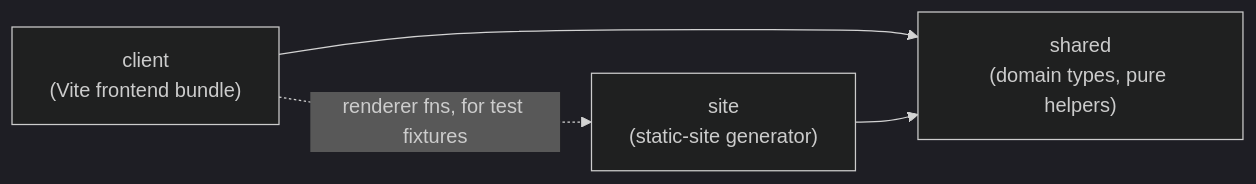
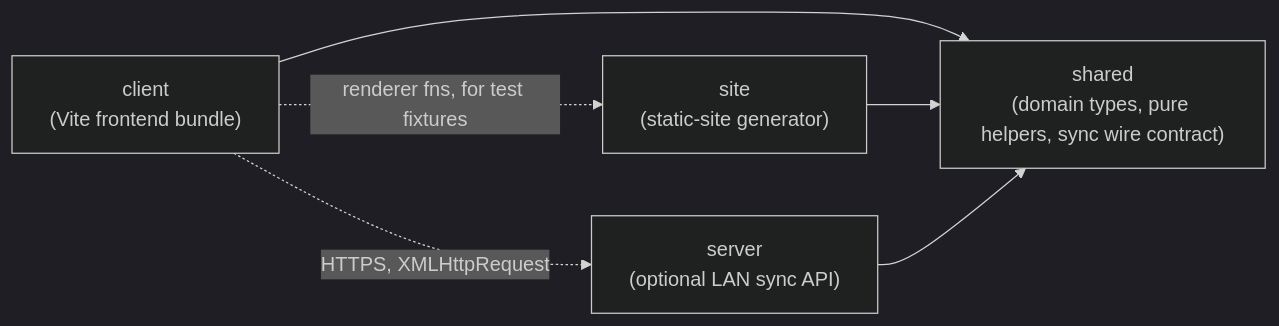
Before and after one commit to neolao/kindle-nonograms: the first of 2 diagrams in docs/architecture.md, drawn with Mermaid (dark theme). The commit also changed other lines of this file and 70 other files, not shown here.

First line of the commit message:
feat: players can back up their progress on a sync server they host on their own network, so a Kindle that wipes its browser data no longer loses it

````diff
--- a/docs/architecture.md
+++ b/docs/architecture.md
@@ -7,10 +7,13 @@
 ```mermaid
 graph LR
-    shared["shared\n(domain types, pure helpers)"]
+    shared["shared\n(domain types, pure helpers, sync wire contract)"]
     client["client\n(Vite frontend bundle)"]
     site["site\n(static-site generator)"]
+    server["server\n(optional LAN sync API)"]
 
     client --> shared
     site --> shared
+    server --> shared
     client -. "renderer fns, for test fixtures" .-> site
+    client -. "HTTPS, XMLHttpRequest" .-> server
 ```
````
